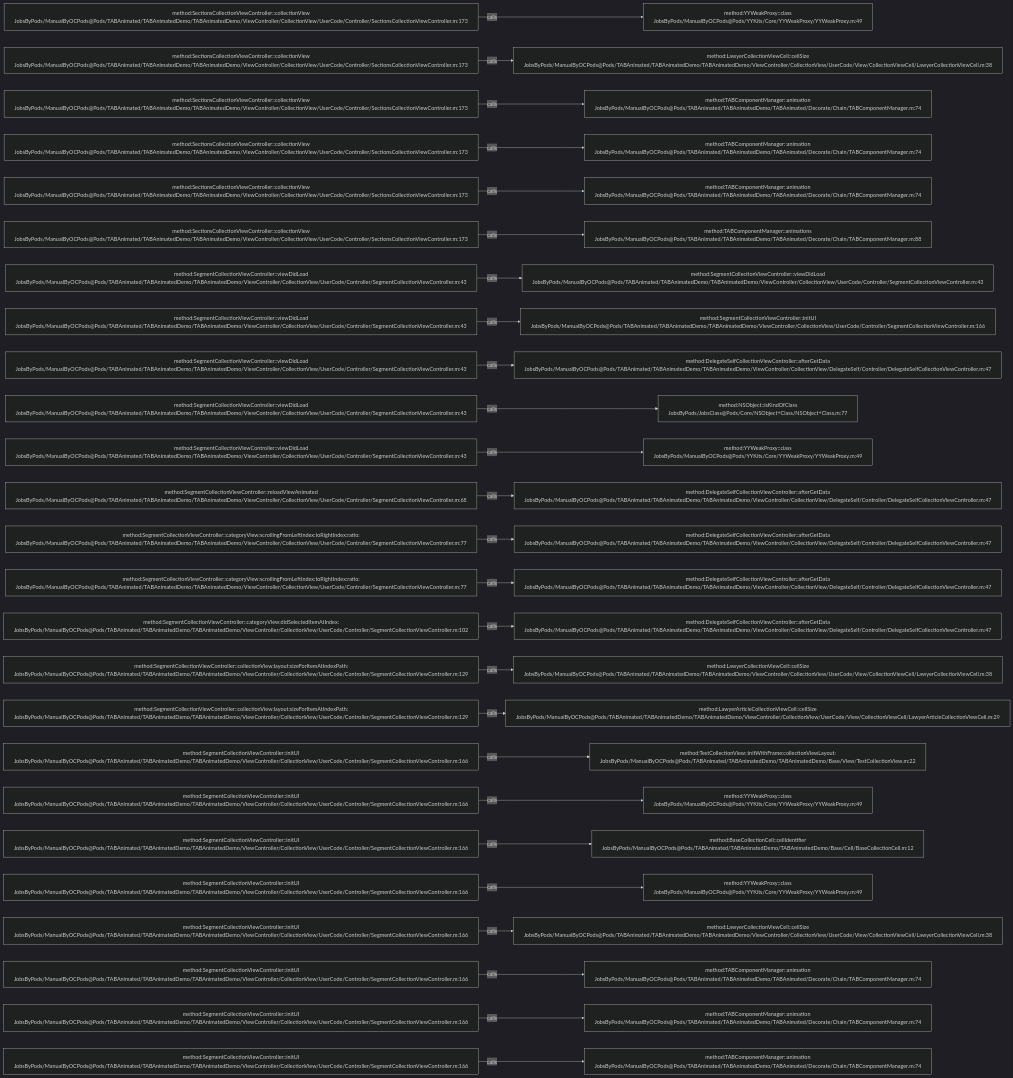
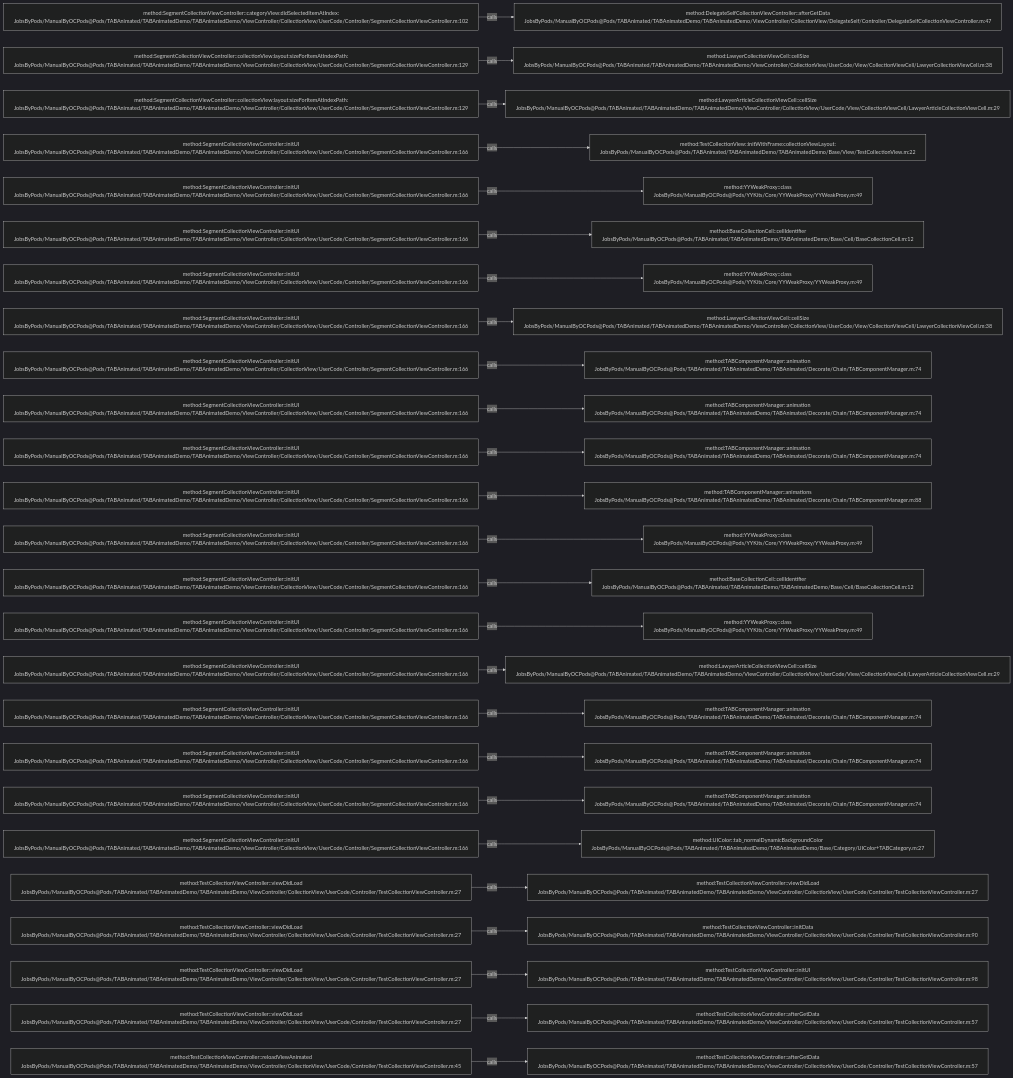
One commit to JobsKits/JobsOCBaseConfigDemo changed the diagram in .codegraph/codegraph.md/graphs/calls-053.md. Above: the diagram before and after it, drawn with Mermaid (dark theme). The commit also changed 296 other files, not shown here.

````diff
--- a/.codegraph/codegraph.md/graphs/calls-053.md
+++ b/.codegraph/codegraph.md/graphs/calls-053.md
@@ -13,78 +13,78 @@
 ```mermaid
 flowchart LR
-  S1["method:SectionsCollectionViewController::collectionView<br/>JobsByPods/ManualByOCPods@Pods/TABAnimated/TABAnimatedDemo/TABAnimatedDemo/ViewController/CollectionView/UserCode/Controller/SectionsCollectionViewController.m:173"]
-  T1["method:YYWeakProxy::class<br/>JobsByPods/ManualByOCPods@Pods/YYKits/Core/YYWeakProxy/YYWeakProxy.m:49"]
+  S1["method:SegmentCollectionViewController::categoryView:didSelectedItemAtIndex:<br/>JobsByPods/ManualByOCPods@Pods/TABAnimated/TABAnimatedDemo/TABAnimatedDemo/ViewController/CollectionView/UserCode/Controller/SegmentCollectionViewController.m:102"]
+  T1["method:DelegateSelfCollectionViewController::afterGetData<br/>JobsByPods/ManualByOCPods@Pods/TABAnimated/TABAnimatedDemo/TABAnimatedDemo/ViewController/CollectionView/DelegateSelf/Controller/DelegateSelfCollectionViewController.m:47"]
   S1 -->|calls| T1
-  S2["method:SectionsCollectionViewController::collectionView<br/>JobsByPods/ManualByOCPods@Pods/TABAnimated/TABAnimatedDemo/TABAnimatedDemo/ViewController/CollectionView/UserCode/Controller/SectionsCollectionViewController.m:173"]
+  S2["method:SegmentCollectionViewController::collectionView:layout:sizeForItemAtIndexPath:<br/>JobsByPods/ManualByOCPods@Pods/TABAnimated/TABAnimatedDemo/TABAnimatedDemo/ViewController/CollectionView/UserCode/Controller/SegmentCollectionViewController.m:129"]
   T2["method:LawyerCollectionViewCell::cellSize<br/>JobsByPods/ManualByOCPods@Pods/TABAnimated/TABAnimatedDemo/TABAnimatedDemo/ViewController/CollectionView/UserCode/View/CollectionViewCell/LawyerCollectionViewCell.m:38"]
   S2 -->|calls| T2
-  S3["method:SectionsCollectionViewController::collectionView<br/>JobsByPods/ManualByOCPods@Pods/TABAnimated/TABAnimatedDemo/TABAnimatedDemo/ViewController/CollectionView/UserCode/Controller/SectionsCollectionViewController.m:173"]
-  T3["method:TABComponentManager::animation<br/>JobsByPods/ManualByOCPods@Pods/TABAnimated/TABAnimatedDemo/TABAnimated/Decorate/Chain/TABComponentManager.m:74"]
+  S3["method:SegmentCollectionViewController::collectionView:layout:sizeForItemAtIndexPath:<br/>JobsByPods/ManualByOCPods@Pods/TABAnimated/TABAnimatedDemo/TABAnimatedDemo/ViewController/CollectionView/UserCode/Controller/SegmentCollectionViewController.m:129"]
+  T3["method:LawyerArticleCollectionViewCell::cellSize<br/>JobsByPods/ManualByOCPods@Pods/TABAnimated/TABAnimatedDemo/TABAnimatedDemo/ViewController/CollectionView/UserCode/View/CollectionViewCell/LawyerArticleCollectionViewCell.m:29"]
   S3 -->|calls| T3
-  S4["method:SectionsCollectionViewController::collectionView<br/>JobsByPods/ManualByOCPods@Pods/TABAnimated/TABAnimatedDemo/TABAnimatedDemo/ViewController/CollectionView/UserCode/Controller/SectionsCollectionViewController.m:173"]
-  T4["method:TABComponentManager::animation<br/>JobsByPods/ManualByOCPods@Pods/TABAnimated/TABAnimatedDemo/TABAnimated/Decorate/Chain/TABComponentManager.m:74"]
+  S4["method:SegmentCollectionViewController::initUI<br/>JobsByPods/ManualByOCPods@Pods/TABAnimated/TABAnimatedDemo/TABAnimatedDemo/ViewController/CollectionView/UserCode/Controller/SegmentCollectionViewController.m:166"]
+  T4["method:TestCollectionView::initWithFrame:collectionViewLayout:<br/>JobsByPods/ManualByOCPods@Pods/TABAnimated/TABAnimatedDemo/TABAnimatedDemo/Base/View/TestCollectionView.m:22"]
   S4 -->|calls| T4
-  S5["method:SectionsCollectionViewController::collectionView<br/>JobsByPods/ManualByOCPods@Pods/TABAnimated/TABAnimatedDemo/TABAnimatedDemo/ViewController/CollectionView/UserCode/Controller/SectionsCollectionViewController.m:173"]
-  T5["method:TABComponentManager::animation<br/>JobsByPods/ManualByOCPods@Pods/TABAnimated/TABAnimatedDemo/TABAnimated/Decorate/Chain/TABComponentManager.m:74"]
+  S5["method:SegmentCollectionViewController::initUI<br/>JobsByPods/ManualByOCPods@Pods/TABAnimated/TABAnimatedDemo/TABAnimatedDemo/ViewController/CollectionView/UserCode/Controller/SegmentCollectionViewController.m:166"]
+  T5["method:YYWeakProxy::class<br/>JobsByPods/ManualByOCPods@Pods/YYKits/Core/YYWeakProxy/YYWeakProxy.m:49"]
   S5 -->|calls| T5
-  S6["method:SectionsCollectionViewController::collectionView<br/>JobsByPods/ManualByOCPods@Pods/TABAnimated/TABAnimatedDemo/TABAnimatedDemo/ViewController/CollectionView/UserCode/Controller/SectionsCollectionViewController.m:173"]
-  T6["method:TABComponentManager::animations<br/>JobsByPods/ManualByOCPods@Pods/TABAnimated/TABAnimatedDemo/TABAnimated/Decorate/Chain/TABComponentManager.m:88"]
+  S6["method:SegmentCollectionViewController::initUI<br/>JobsByPods/ManualByOCPods@Pods/TABAnimated/TABAnimatedDemo/TABAnimatedDemo/ViewController/CollectionView/UserCode/Controller/SegmentCollectionViewController.m:166"]
+  T6["method:BaseCollectionCell::cellIdentifier<br/>JobsByPods/ManualByOCPods@Pods/TABAnimated/TABAnimatedDemo/TABAnimatedDemo/Base/Cell/BaseCollectionCell.m:12"]
   S6 -->|calls| T6
-  S7["method:SegmentCollectionViewController::viewDidLoad<br/>JobsByPods/ManualByOCPods@Pods/TABAnimated/TABAnimatedDemo/TABAnimatedDemo/ViewController/CollectionView/UserCode/Controller/SegmentCollectionViewController.m:43"]
-  T7["method:SegmentCollectionViewController::viewDidLoad<br/>JobsByPods/ManualByOCPods@Pods/TABAnimated/TABAnimatedDemo/TABAnimatedDemo/ViewController/CollectionView/UserCode/Controller/SegmentCollectionViewController.m:43"]
+  S7["method:SegmentCollectionViewController::initUI<br/>JobsByPods/ManualByOCPods@Pods/TABAnimated/TABAnimatedDemo/TABAnimatedDemo/ViewController/CollectionView/UserCode/Controller/SegmentCollectionViewController.m:166"]
+  T7["method:YYWeakProxy::class<br/>JobsByPods/ManualByOCPods@Pods/YYKits/Core/YYWeakProxy/YYWeakProxy.m:49"]
   S7 -->|calls| T7
-  S8["method:SegmentCollectionViewController::viewDidLoad<br/>JobsByPods/ManualByOCPods@Pods/TABAnimated/TABAnimatedDemo/TABAnimatedDemo/ViewController/CollectionView/UserCode/Controller/SegmentCollectionViewController.m:43"]
-  T8["method:SegmentCollectionViewController::initUI<br/>JobsByPods/ManualByOCPods@Pods/TABAnimated/TABAnimatedDemo/TABAnimatedDemo/ViewController/CollectionView/UserCode/Controller/SegmentCollectionViewController.m:166"]
+  S8["method:SegmentCollectionViewController::initUI<br/>JobsByPods/ManualByOCPods@Pods/TABAnimated/TABAnimatedDemo/TABAnimatedDemo/ViewController/CollectionView/UserCode/Controller/SegmentCollectionViewController.m:166"]
+  T8["method:LawyerCollectionViewCell::cellSize<br/>JobsByPods/ManualByOCPods@Pods/TABAnimated/TABAnimatedDemo/TABAnimatedDemo/ViewController/CollectionView/UserCode/View/CollectionViewCell/LawyerCollectionViewCell.m:38"]
   S8 -->|calls| T8
-  S9["method:SegmentCollectionViewController::viewDidLoad<br/>JobsByPods/ManualByOCPods@Pods/TABAnimated/TABAnimatedDemo/TABAnimatedDemo/ViewController/CollectionView/UserCode/Controller/SegmentCollectionViewController.m:43"]
-  T9["method:DelegateSelfCollectionViewController::afterGetData<br/>JobsByPods/ManualByOCPods@Pods/TABAnimated/TABAnimatedDemo/TABAnimatedDemo/ViewController/CollectionView/DelegateSelf/Controller/DelegateSelfCollectionViewController.m:47"]
+  S9["method:SegmentCollectionViewController::initUI<br/>JobsByPods/ManualByOCPods@Pods/TABAnimated/TABAnimatedDemo/TABAnimatedDemo/ViewController/CollectionView/UserCode/Controller/SegmentCollectionViewController.m:166"]
+  T9["method:TABComponentManager::animation<br/>JobsByPods/ManualByOCPods@Pods/TABAnimated/TABAnimatedDemo/TABAnimated/Decorate/Chain/TABComponentManager.m:74"]
   S9 -->|calls| T9
-  S10["method:SegmentCollectionViewController::viewDidLoad<br/>JobsByPods/ManualByOCPods@Pods/TABAnimated/TABAnimatedDemo/TABAnimatedDemo/ViewController/CollectionView/UserCode/Controller/SegmentCollectionViewController.m:43"]
-  T10["method:NSObject::isKindOfClass<br/>JobsByPods/JobsClass@Pods/Core/NSObject+Class/NSObject+Class.m:77"]
+  S10["method:SegmentCollectionViewController::initUI<br/>JobsByPods/ManualByOCPods@Pods/TABAnimated/TABAnimatedDemo/TABAnimatedDemo/ViewController/CollectionView/UserCode/Controller/SegmentCollectionViewController.m:166"]
+  T10["method:TABComponentManager::animation<br/>JobsByPods/ManualByOCPods@Pods/TABAnimated/TABAnimatedDemo/TABAnimated/Decorate/Chain/TABComponentManager.m:74"]
   S10 -->|calls| T10
-  S11["method:SegmentCollectionViewController::viewDidLoad<br/>JobsByPods/ManualByOCPods@Pods/TABAnimated/TABAnimatedDemo/TABAnimatedDemo/ViewController/CollectionView/UserCode/Controller/SegmentCollectionViewController.m:43"]
-  T11["method:YYWeakProxy::class<br/>JobsByPods/ManualByOCPods@Pods/YYKits/Core/YYWeakProxy/YYWeakProxy.m:49"]
+  S11["method:SegmentCollectionViewController::initUI<br/>JobsByPods/ManualByOCPods@Pods/TABAnimated/TABAnimatedDemo/TABAnimatedDemo/ViewController/CollectionView/UserCode/Controller/SegmentCollectionViewController.m:166"]
+  T11["method:TABComponentManager::animation<br/>JobsByPods/ManualByOCPods@Pods/TABAnimated/TABAnimatedDemo/TABAnimated/Decorate/Chain/TABComponentManager.m:74"]
   S11 -->|calls| T11
-  S12["method:SegmentCollectionViewController::reloadViewAnimated<br/>JobsByPods/ManualByOCPods@Pods/TABAnimated/TABAnimatedDemo/TABAnimatedDemo/ViewController/CollectionView/UserCode/Controller/SegmentCollectionViewController.m:68"]
-  T12["method:DelegateSelfCollectionViewController::afterGetData<br/>JobsByPods/ManualByOCPods@Pods/TABAnimated/TABAnimatedDemo/TABAnimatedDemo/ViewController/CollectionView/DelegateSelf/Controller/DelegateSelfCollectionViewController.m:47"]
+  S12["method:SegmentCollectionViewController::initUI<br/>JobsByPods/ManualByOCPods@Pods/TABAnimated/TABAnimatedDemo/TABAnimatedDemo/ViewController/CollectionView/UserCode/Controller/SegmentCollectionViewController.m:166"]
+  T12["method:TABComponentManager::animations<br/>JobsByPods/ManualByOCPods@Pods/TABAnimated/TABAnimatedDemo/TABAnimated/Decorate/Chain/TABComponentManager.m:88"]
   S12 -->|calls| T12
-  S13["method:SegmentCollectionViewController::categoryView:scrollingFromLeftIndex:toRightIndex:ratio:<br/>JobsByPods/ManualByOCPods@Pods/TABAnimated/TABAnimatedDemo/TABAnimatedDemo/ViewController/CollectionView/UserCode/Controller/SegmentCollectionViewController.m:77"]
-  T13["method:DelegateSelfCollectionViewController::afterGetData<br/>JobsByPods/ManualByOCPods@Pods/TABAnimated/TABAnimatedDemo/TABAnimatedDemo/ViewController/CollectionView/DelegateSelf/Controller/DelegateSelfCollectionViewController.m:47"]
+  S13["method:SegmentCollectionViewController::initUI<br/>JobsByPods/ManualByOCPods@Pods/TABAnimated/TABAnimatedDemo/TABAnimatedDemo/ViewController/CollectionView/UserCode/Controller/SegmentCollectionViewController.m:166"]
+  T13["method:YYWeakProxy::class<br/>JobsByPods/ManualByOCPods@Pods/YYKits/Core/YYWeakProxy/YYWeakProxy.m:49"]
   S13 -->|calls| T13
-  S14["method:SegmentCollectionViewController::categoryView:scrollingFromLeftIndex:toRightIndex:ratio:<br/>JobsByPods/ManualByOCPods@Pods/TABAnimated/TABAnimatedDemo/TABAnimatedDemo/ViewController/CollectionView/UserCode/Controller/SegmentCollectionViewController.m:77"]
-  T14["method:DelegateSelfCollectionViewController::afterGetData<br/>JobsByPods/ManualByOCPods@Pods/TABAnimated/TABAnimatedDemo/TABAnimatedDemo/ViewController/CollectionView/DelegateSelf/Controller/DelegateSelfCollectionViewController.m:47"]
+  S14["method:SegmentCollectionViewController::initUI<br/>JobsByPods/ManualByOCPods@Pods/TABAnimated/TABAnimatedDemo/TABAnimatedDemo/ViewController/CollectionView/UserCode/Controller/SegmentCollectionViewController.m:166"]
+  T14["method:BaseCollectionCell::cellIdentifier<br/>JobsByPods/ManualByOCPods@Pods/TABAnimated/TABAnimatedDemo/TABAnimatedDemo/Base/Cell/BaseCollectionCell.m:12"]
   S14 -->|calls| T14
-  S15["method:SegmentCollectionViewController::categoryView:didSelectedItemAtIndex:<br/>JobsByPods/ManualByOCPods@Pods/TABAnimated/TABAnimatedDemo/TABAnimatedDemo/ViewController/CollectionView/UserCode/Controller/SegmentCollectionViewController.m:102"]
-  T15["method:DelegateSelfCollectionViewController::afterGetData<br/>JobsByPods/ManualByOCPods@Pods/TABAnimated/TABAnimatedDemo/TABAnimatedDemo/ViewController/CollectionView/DelegateSelf/Controller/DelegateSelfCollectionViewController.m:47"]
+  S15["method:SegmentCollectionViewController::initUI<br/>JobsByPods/ManualByOCPods@Pods/TABAnimated/TABAnimatedDemo/TABAnimatedDemo/ViewController/CollectionView/UserCode/Controller/SegmentCollectionViewController.m:166"]
+  T15["method:YYWeakProxy::class<br/>JobsByPods/ManualByOCPods@Pods/YYKits/Core/YYWeakProxy/YYWeakProxy.m:49"]
   S15 -->|calls| T15
-  S16["method:SegmentCollectionViewController::collectionView:layout:sizeForItemAtIndexPath:<br/>JobsByPods/ManualByOCPods@Pods/TABAnimated/TABAnimatedDemo/TABAnimatedDemo/ViewController/CollectionView/UserCode/Controller/SegmentCollectionViewController.m:129"]
-  T16["method:LawyerCollectionViewCell::cellSize<br/>JobsByPods/ManualByOCPods@Pods/TABAnimated/TABAnimatedDemo/TABAnimatedDemo/ViewController/CollectionView/UserCode/View/CollectionViewCell/LawyerCollectionViewCell.m:38"]
+  S16["method:SegmentCollectionViewController::initUI<br/>JobsByPods/ManualByOCPods@Pods/TABAnimated/TABAnimatedDemo/TABAnimatedDemo/ViewController/CollectionView/UserCode/Controller/SegmentCollectionViewController.m:166"]
+  T16["method:LawyerArticleCollectionViewCell::cellSize<br/>JobsByPods/ManualByOCPods@Pods/TABAnimated/TABAnimatedDemo/TABAnimatedDemo/ViewController/CollectionView/UserCode/View/CollectionViewCell/LawyerArticleCollectionViewCell.m:29"]
   S16 -->|calls| T16
-  S17["method:SegmentCollectionViewController::collectionView:layout:sizeForItemAtIndexPath:<br/>JobsByPods/ManualByOCPods@Pods/TABAnimated/TABAnimatedDemo/TABAnimatedDemo/ViewController/CollectionView/UserCode/Controller/SegmentCollectionViewController.m:129"]
-  T17["method:LawyerArticleCollectionViewCell::cellSize<br/>JobsByPods/ManualByOCPods@Pods/TABAnimated/TABAnimatedDemo/TABAnimatedDemo/ViewController/CollectionView/UserCode/View/CollectionViewCell/LawyerArticleCollectionViewCell.m:29"]
+  S17["method:SegmentCollectionViewController::initUI<br/>JobsByPods/ManualByOCPods@Pods/TABAnimated/TABAnimatedDemo/TABAnimatedDemo/ViewController/CollectionView/UserCode/Controller/SegmentCollectionViewController.m:166"]
+  T17["method:TABComponentManager::animation<br/>JobsByPods/ManualByOCPods@Pods/TABAnimated/TABAnimatedDemo/TABAnimated/Decorate/Chain/TABComponentManager.m:74"]
   S17 -->|calls| T17
   S18["method:SegmentCollectionViewController::initUI<br/>JobsByPods/ManualByOCPods@Pods/TABAnimated/TABAnimatedDemo/TABAnimatedDemo/ViewController/CollectionView/UserCode/Controller/SegmentCollectionViewController.m:166"]
-  T18["method:TestCollectionView::initWithFrame:collectionViewLayout:<br/>JobsByPods/ManualByOCPods@Pods/TABAnimated/TABAnimatedDemo/TABAnimatedDemo/Base/View/TestCollectionView.m:22"]
+  T18["method:TABComponentManager::animation<br/>JobsByPods/ManualByOCPods@Pods/TABAnimated/TABAnimatedDemo/TABAnimated/Decorate/Chain/TABComponentManager.m:74"]
   S18 -->|calls| T18
   S19["method:SegmentCollectionViewController::initUI<br/>JobsByPods/ManualByOCPods@Pods/TABAnimated/TABAnimatedDemo/TABAnimatedDemo/ViewController/CollectionView/UserCode/Controller/SegmentCollectionViewController.m:166"]
-  T19["method:YYWeakProxy::class<br/>JobsByPods/ManualByOCPods@Pods/YYKits/Core/YYWeakProxy/YYWeakProxy.m:49"]
+  T19["method:TABComponentManager::animation<br/>JobsByPods/ManualByOCPods@Pods/TABAnimated/TABAnimatedDemo/TABAnimated/Decorate/Chain/TABComponentManager.m:74"]
   S19 -->|calls| T19
   S20["method:SegmentCollectionViewController::initUI<br/>JobsByPods/ManualByOCPods@Pods/TABAnimated/TABAnimatedDemo/TABAnimatedDemo/ViewController/CollectionView/UserCode/Controller/SegmentCollectionViewController.m:166"]
-  T20["method:BaseCollectionCell::cellIdentifier<br/>JobsByPods/ManualByOCPods@Pods/TABAnimated/TABAnimatedDemo/TABAnimatedDemo/Base/Cell/BaseCollectionCell.m:12"]
+  T20["method:UIColor::tab_normalDynamicBackgroundColor<br/>JobsByPods/ManualByOCPods@Pods/TABAnimated/TABAnimatedDemo/TABAnimatedDemo/Base/Category/UIColor+TABCategory.m:27"]
   S20 -->|calls| T20
-  S21["method:SegmentCollectionViewController::initUI<br/>JobsByPods/ManualByOCPods@Pods/TABAnimated/TABAnimatedDemo/TABAnimatedDemo/ViewController/CollectionView/UserCode/Controller/SegmentCollectionViewController.m:166"]
-  T21["method:YYWeakProxy::class<br/>JobsByPods/ManualByOCPods@Pods/YYKits/Core/YYWeakProxy/YYWeakProxy.m:49"]
+  S21["method:TestCollectionViewController::viewDidLoad<br/>JobsByPods/ManualByOCPods@Pods/TABAnimated/TABAnimatedDemo/TABAnimatedDemo/ViewController/CollectionView/UserCode/Controller/TestCollectionViewController.m:27"]
+  T21["method:TestCollectionViewController::viewDidLoad<br/>JobsByPods/ManualByOCPods@Pods/TABAnimated/TABAnimatedDemo/TABAnimatedDemo/ViewController/CollectionView/UserCode/Controller/TestCollectionViewController.m:27"]
   S21 -->|calls| T21
-  S22["method:SegmentCollectionViewController::initUI<br/>JobsByPods/ManualByOCPods@Pods/TABAnimated/TABAnimatedDemo/TABAnimatedDemo/ViewController/CollectionView/UserCode/Controller/SegmentCollectionViewController.m:166"]
-  T22["method:LawyerCollectionViewCell::cellSize<br/>JobsByPods/ManualByOCPods@Pods/TABAnimated/TABAnimatedDemo/TABAnimatedDemo/ViewController/CollectionView/UserCode/View/CollectionViewCell/LawyerCollectionViewCell.m:38"]
+  S22["method:TestCollectionViewController::viewDidLoad<br/>JobsByPods/ManualByOCPods@Pods/TABAnimated/TABAnimatedDemo/TABAnimatedDemo/ViewController/CollectionView/UserCode/Controller/TestCollectionViewController.m:27"]
+  T22["method:TestCollectionViewController::initData<br/>JobsByPods/ManualByOCPods@Pods/TABAnimated/TABAnimatedDemo/TABAnimatedDemo/ViewController/CollectionView/UserCode/Controller/TestCollectionViewController.m:90"]
   S22 -->|calls| T22
-  S23["method:SegmentCollectionViewController::initUI<br/>JobsByPods/ManualByOCPods@Pods/TABAnimated/TABAnimatedDemo/TABAnimatedDemo/ViewController/CollectionView/UserCode/Controller/SegmentCollectionViewController.m:166"]
-  T23["method:TABComponentManager::animation<br/>JobsByPods/ManualByOCPods@Pods/TABAnimated/TABAnimatedDemo/TABAnimated/Decorate/Chain/TABComponentManager.m:74"]
+  S23["method:TestCollectionViewController::viewDidLoad<br/>JobsByPods/ManualByOCPods@Pods/TABAnimated/TABAnimatedDemo/TABAnimatedDemo/ViewController/CollectionView/UserCode/Controller/TestCollectionViewController.m:27"]
+  T23["method:TestCollectionViewController::initUI<br/>JobsByPods/ManualByOCPods@Pods/TABAnimated/TABAnimatedDemo/TABAnimatedDemo/ViewController/CollectionView/UserCode/Controller/TestCollectionViewController.m:98"]
   S23 -->|calls| T23
-  S24["method:SegmentCollectionViewController::initUI<br/>JobsByPods/ManualByOCPods@Pods/TABAnimated/TABAnimatedDemo/TABAnimatedDemo/ViewController/CollectionView/UserCode/Controller/SegmentCollectionViewController.m:166"]
-  T24["method:TABComponentManager::animation<br/>JobsByPods/ManualByOCPods@Pods/TABAnimated/TABAnimatedDemo/TABAnimated/Decorate/Chain/TABComponentManager.m:74"]
+  S24["method:TestCollectionViewController::viewDidLoad<br/>JobsByPods/ManualByOCPods@Pods/TABAnimated/TABAnimatedDemo/TABAnimatedDemo/ViewController/CollectionView/UserCode/Controller/TestCollectionViewController.m:27"]
+  T24["method:TestCollectionViewController::afterGetData<br/>JobsByPods/ManualByOCPods@Pods/TABAnimated/TABAnimatedDemo/TABAnimatedDemo/ViewController/CollectionView/UserCode/Controller/TestCollectionViewController.m:57"]
   S24 -->|calls| T24
-  S25["method:SegmentCollectionViewController::initUI<br/>JobsByPods/ManualByOCPods@Pods/TABAnimated/TABAnimatedDemo/TABAnimatedDemo/ViewController/CollectionView/UserCode/Controller/SegmentCollectionViewController.m:166"]
-  T25["method:TABComponentManager::animation<br/>JobsByPods/ManualByOCPods@Pods/TABAnimated/TABAnimatedDemo/TABAnimated/Decorate/Chain/TABComponentManager.m:74"]
+  S25["method:TestCollectionViewController::reloadViewAnimated<br/>JobsByPods/ManualByOCPods@Pods/TABAnimated/TABAnimatedDemo/TABAnimatedDemo/ViewController/CollectionView/UserCode/Controller/TestCollectionViewController.m:45"]
+  T25["method:TestCollectionViewController::afterGetData<br/>JobsByPods/ManualByOCPods@Pods/TABAnimated/TABAnimatedDemo/TABAnimatedDemo/ViewController/CollectionView/UserCode/Controller/TestCollectionViewController.m:57"]
   S25 -->|calls| T25
 ```
````
